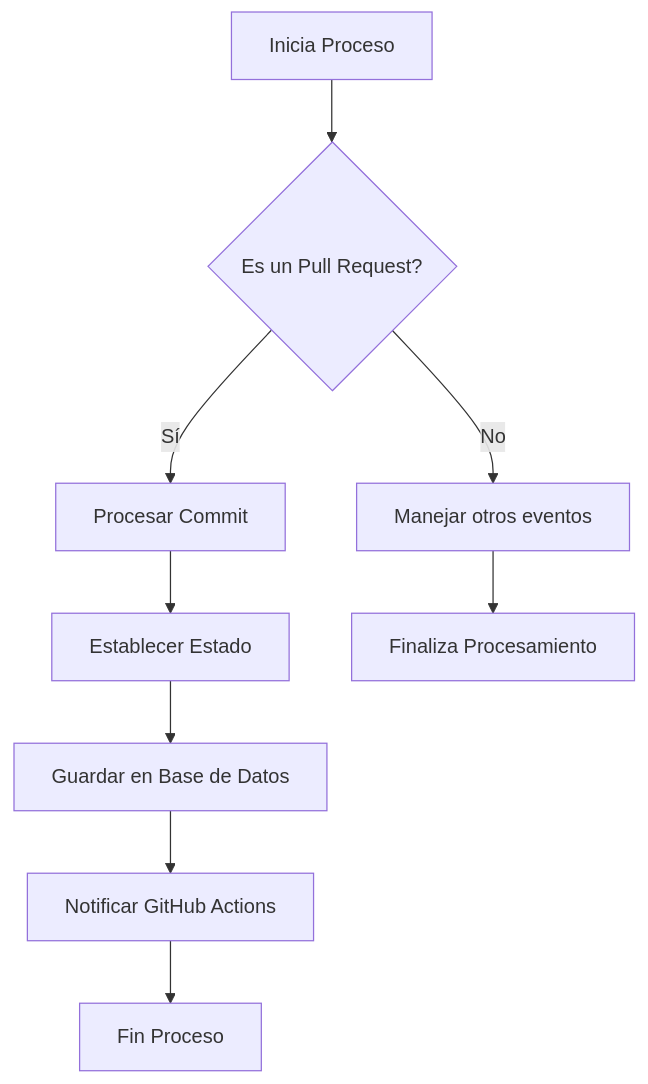
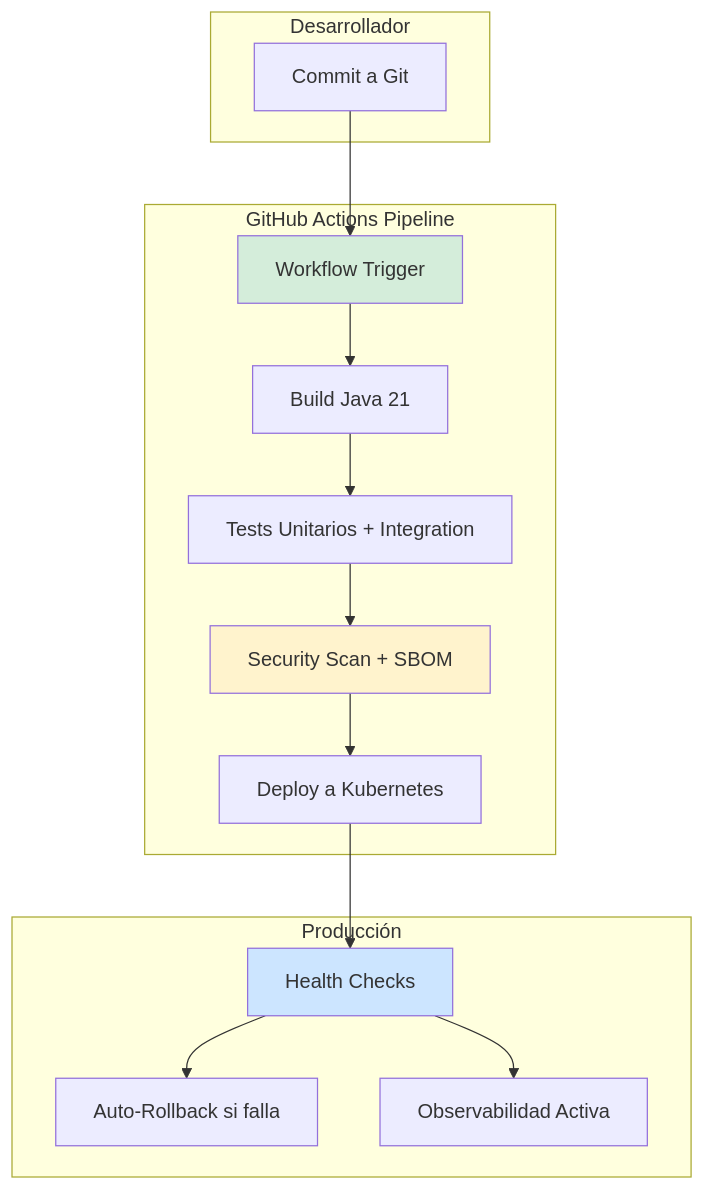
The first of 3 diagrams in _Review/ci_cd_completo_con_github_actions/ci_cd_completo_con_github_actions.md (Joaquinriosheredia/DAM-Java-Mastery), drawn with Mermaid before and after one commit. The commit also changed other lines of this file, not shown here.

Commit message:
ci_cd_completo_con_github_actions.md

````diff
--- a/_Review/ci_cd_completo_con_github_actions/ci_cd_completo_con_github_actions.md
+++ b/_Review/ci_cd_completo_con_github_actions/ci_cd_completo_con_github_actions.md
@@ -240,11 +75,33 @@
 ```mermaid
 graph TD
-    A[Inicia Proceso] --> B{Es un Pull Request?}
-    B -- Sí --> C[Procesar Commit]
-    C --> D[Establecer Estado]
-    D --> E[Guardar en Base de Datos]
-    E --> F[Notificar GitHub Actions]
-    F --> G[Fin Proceso]
-    B -- No --> H[Manejar otros eventos]
-    H --> I[Finaliza Procesamiento]
+    subgraph "Desarrollador"
+        DEV[Commit a Git]
+    end
+    
+    subgraph "GitHub Actions Pipeline"
+        TRIGGER[Workflow Trigger]
+        BUILD[Build Java 21]
+        TEST[Tests Unitarios + Integration]
+        SECURITY[Security Scan + SBOM]
+        DEPLOY[Deploy a Kubernetes]
+    end
+    
+    subgraph "Producción"
+        HEALTH[Health Checks]
+        ROLLBACK[Auto-Rollback si falla]
+        MONITOR[Observabilidad Activa]
+    end
+    
+    DEV --> TRIGGER
+    TRIGGER --> BUILD
+    BUILD --> TEST
+    TEST --> SECURITY
+    SECURITY --> DEPLOY
+    DEPLOY --> HEALTH
+    HEALTH --> ROLLBACK
+    HEALTH --> MONITOR
+    
+    style TRIGGER fill:#d4edda
+    style SECURITY fill:#fff3cd
+    style HEALTH fill:#cce5ff
 ```
````
